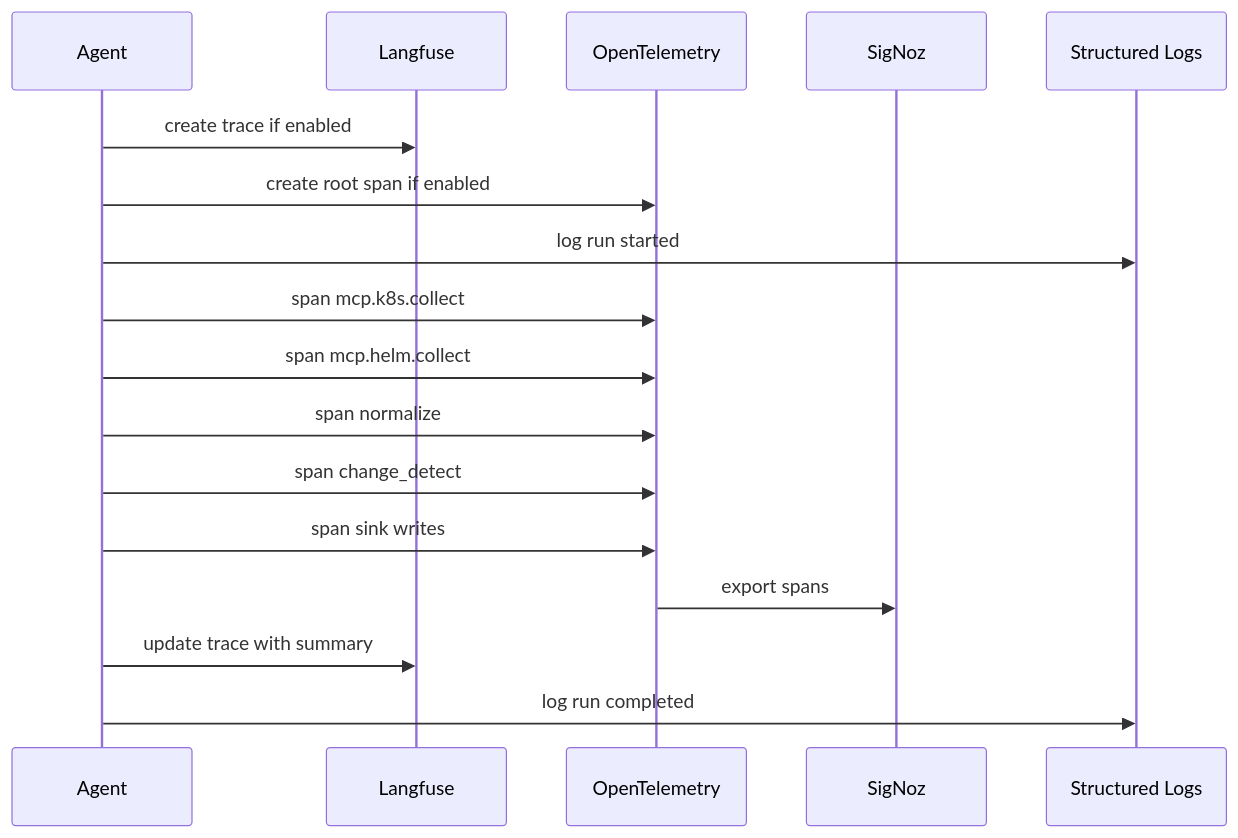
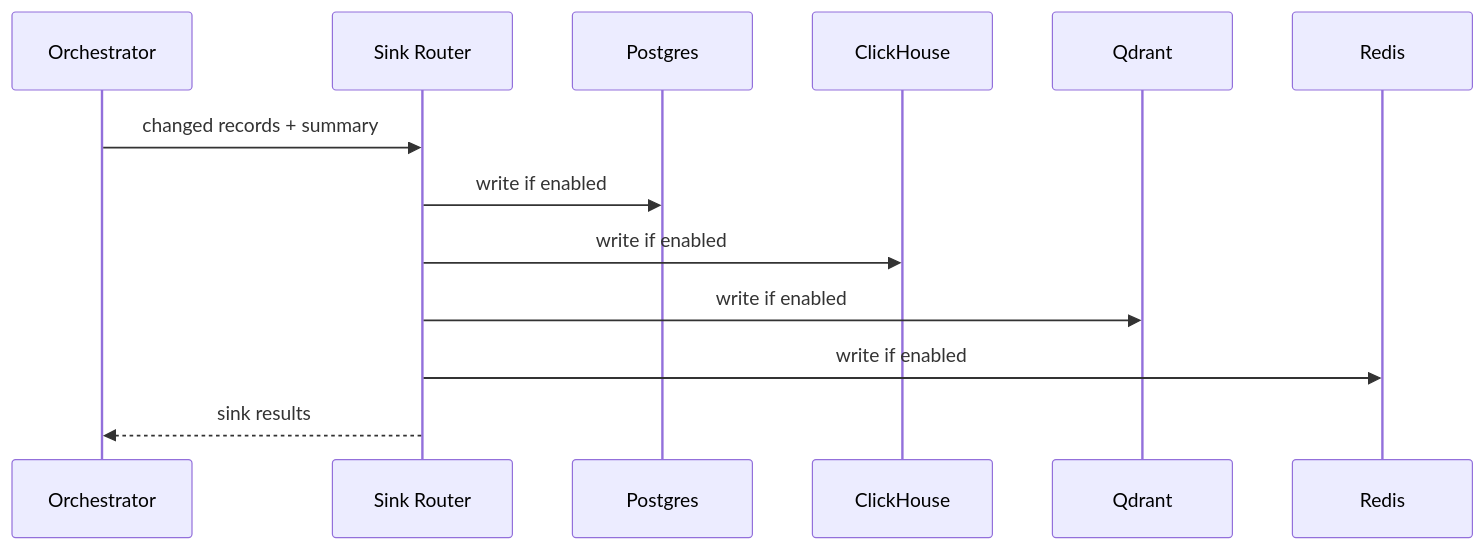
The seventh of 10 diagrams in docs/04_ALGORITHM_ANALYTICAL_MOP_AGENT.md (aveeshek/bosgenesis-k8s-data-ingestion-agent), drawn with Mermaid before and after one commit. The commit also changed other lines of this file and 4 other files, not shown here.

````diff
--- a/docs/04_ALGORITHM_ANALYTICAL_MOP_AGENT.md
+++ b/docs/04_ALGORITHM_ANALYTICAL_MOP_AGENT.md
@@ -330,22 +148,16 @@
 ```mermaid
 sequenceDiagram
-    participant A as Agent
-    participant LF as Langfuse
-    participant OT as OpenTelemetry
-    participant SZ as SigNoz
-    participant LOG as Structured Logs
+    participant O as Orchestrator
+    participant R as Sink Router
+    participant P as Postgres
+    participant C as ClickHouse
+    participant Q as Qdrant
+    participant D as Redis
 
-    A->>LF: create trace if enabled
-    A->>OT: create root span if enabled
-    A->>LOG: log run started
-
-    A->>OT: span mcp.k8s.collect
-    A->>OT: span mcp.helm.collect
-    A->>OT: span normalize
-    A->>OT: span change_detect
-    A->>OT: span sink writes
-
-    OT->>SZ: export spans
-    A->>LF: update trace with summary
-    A->>LOG: log run completed
+    O->>R: changed records + summary
+    R->>P: write if enabled
+    R->>C: write if enabled
+    R->>Q: write if enabled
+    R->>D: write if enabled
+    R-->>O: sink results
 ```
````
